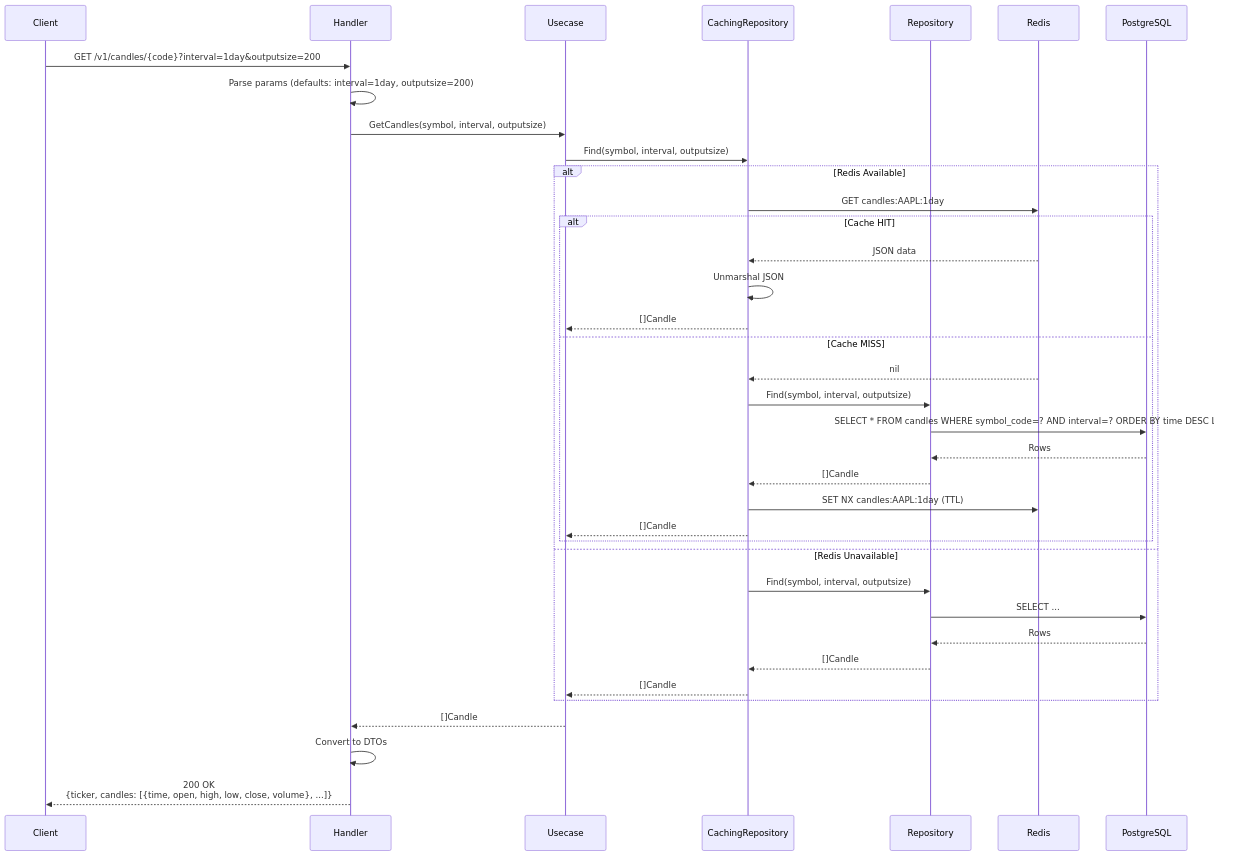
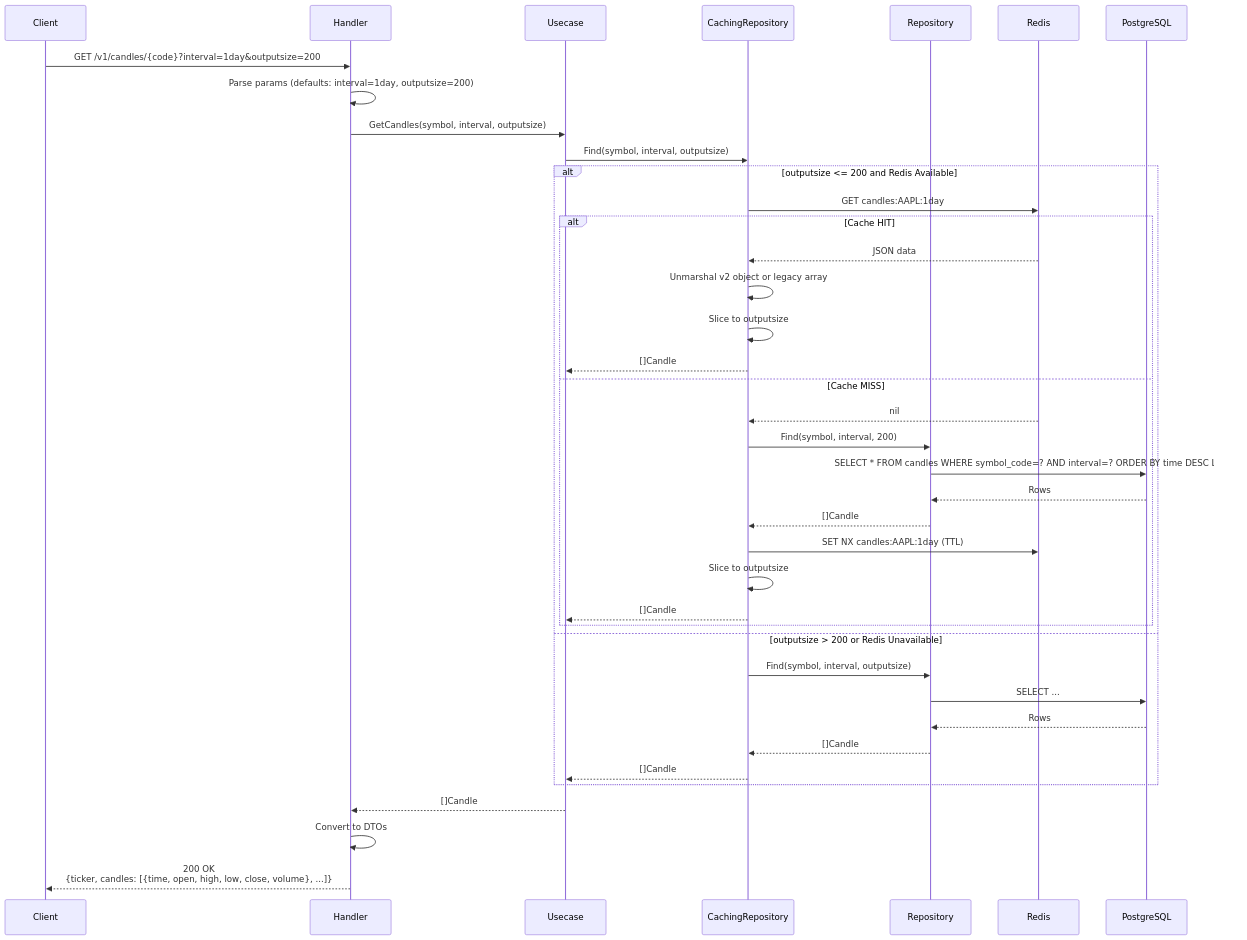
Before and after one commit to UCHIDAnobuhiro/stock-backend: the first of 3 diagrams in docs/features/candles.md, drawn with Mermaid. The commit also changed other lines of this file and 2 other files, not shown here.

````diff
--- a/docs/features/candles.md
+++ b/docs/features/candles.md
@@ -20,42 +20,44 @@
 ```mermaid
 sequenceDiagram
     participant Client
     participant Handler as Handler
     participant Usecase as Usecase
     participant Cache as CachingRepository
     participant Repository as Repository
     participant Redis
     participant DB as PostgreSQL
 
     Client->>Handler: GET /v1/candles/{code}?interval=1day&outputsize=200
     Handler->>Handler: Parse params (defaults: interval=1day, outputsize=200)
     Handler->>Usecase: GetCandles(symbol, interval, outputsize)
     Usecase->>Cache: Find(symbol, interval, outputsize)
 
-    alt Redis Available
+    alt outputsize <= 200 and Redis Available
         Cache->>Redis: GET candles:AAPL:1day
         alt Cache HIT
             Redis-->>Cache: JSON data
-            Cache->>Cache: Unmarshal JSON
+            Cache->>Cache: Unmarshal v2 object or legacy array
+            Cache->>Cache: Slice to outputsize
             Cache-->>Usecase: []Candle
         else Cache MISS
             Redis-->>Cache: nil
-            Cache->>Repository: Find(symbol, interval, outputsize)
+            Cache->>Repository: Find(symbol, interval, 200)
             Repository->>DB: SELECT * FROM candles WHERE symbol_code=? AND interval=? ORDER BY time DESC LIMIT ?
             DB-->>Repository: Rows
             Repository-->>Cache: []Candle
             Cache->>Redis: SET NX candles:AAPL:1day (TTL)
+            Cache->>Cache: Slice to outputsize
             Cache-->>Usecase: []Candle
         end
-    else Redis Unavailable
+    else outputsize > 200 or Redis Unavailable
         Cache->>Repository: Find(symbol, interval, outputsize)
         Repository->>DB: SELECT ...
         DB-->>Repository: Rows
         Repository-->>Cache: []Candle
         Cache-->>Usecase: []Candle
     end
 
     Usecase-->>Handler: []Candle
     Handler->>Handler: Convert to DTOs
     Handler-->>Client: 200 OK<br/>{ticker, candles: [{time, open, high, low, close, volume}, ...]}
 ```
````
